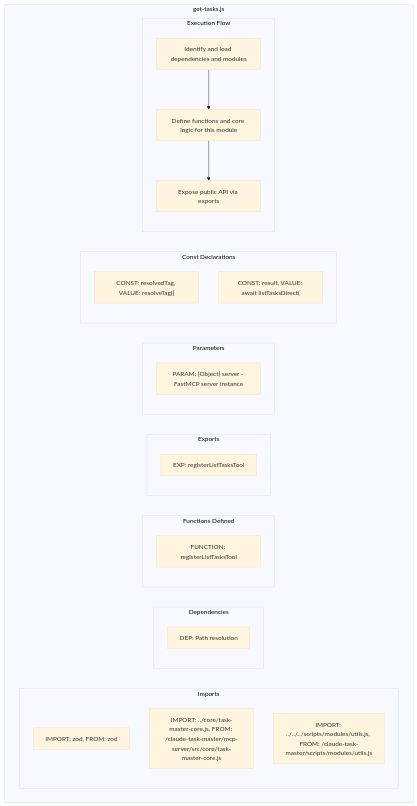
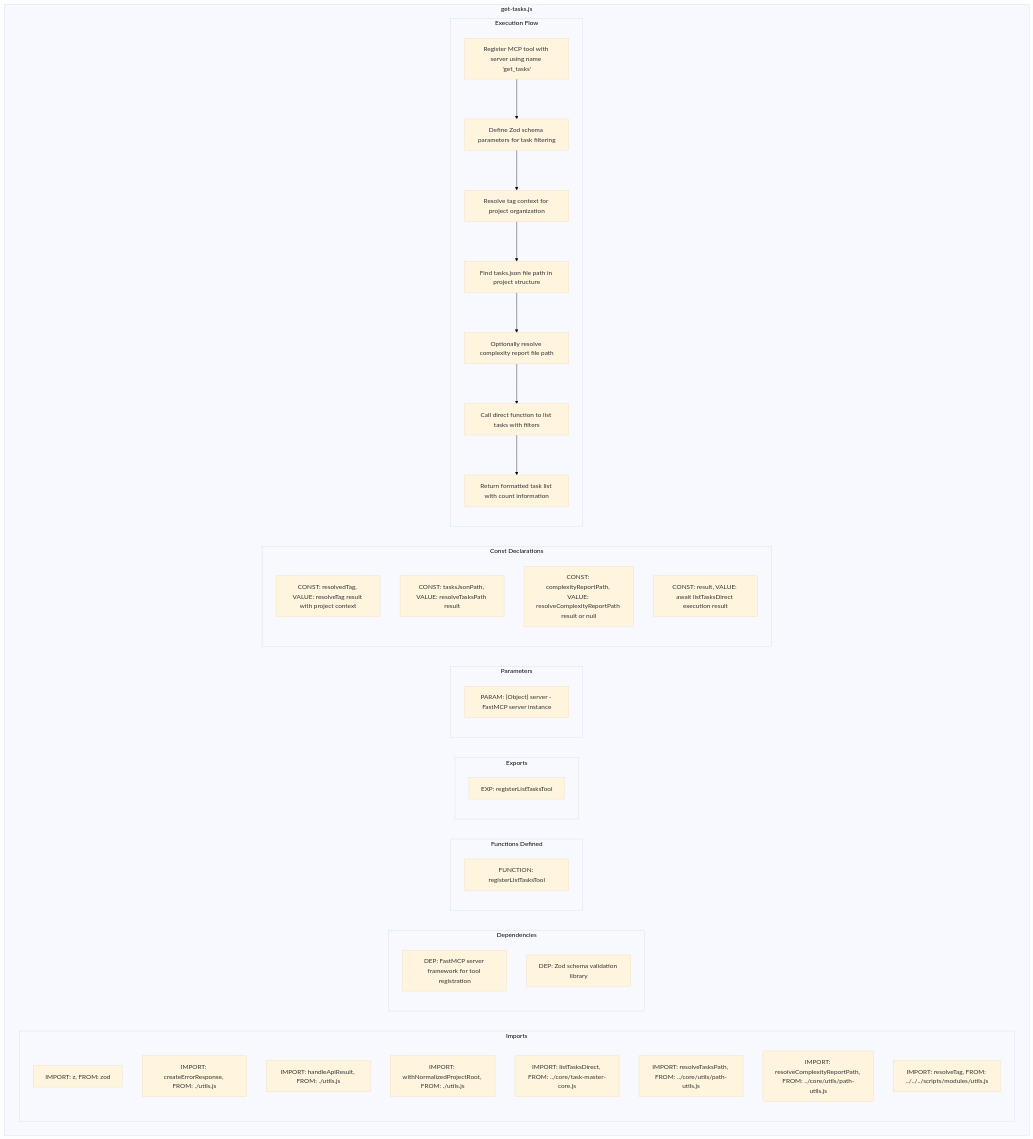
Before and after one commit to trutkowski22/claude-task-master: the diagram in project-overlord-context/Mermaid-Diagrams/Interface-Layer/mcp-server/src/tools/get-tasks.js_diagram.mmd, drawn with Mermaid (base theme). The commit also changed 199 other files, not shown here.

````diff
--- a/project-overlord-context/Mermaid-Diagrams/Interface-Layer/mcp-server/src/tools/get-tasks.js_diagram.mmd
+++ b/project-overlord-context/Mermaid-Diagrams/Interface-Layer/mcp-server/src/tools/get-tasks.js_diagram.mmd
@@ -1,40 +1,62 @@
-```mermaid
 flowchart TB
     subgraph Imports["Imports"]
-        I1["IMPORT: zod, FROM: zod"]
-        I2["IMPORT: ../core/task-master-core.js, FROM: /claude-task-master/mcp-server/src/core/task-master-core.js"]
-        I3["IMPORT: ../../../scripts/modules/utils.js, FROM: /claude-task-master/scripts/modules/utils.js"]
+        I1["IMPORT: z, FROM: zod"]
+        I2["IMPORT: createErrorResponse, FROM: ./utils.js"]
+        I3["IMPORT: handleApiResult, FROM: ./utils.js"]
+        I4["IMPORT: withNormalizedProjectRoot, FROM: ./utils.js"]
+        I5["IMPORT: listTasksDirect, FROM: ../core/task-master-core.js"]
+        I6["IMPORT: resolveTasksPath, FROM: ../core/utils/path-utils.js"]
+        I7["IMPORT: resolveComplexityReportPath, FROM: ../core/utils/path-utils.js"]
+        I8["IMPORT: resolveTag, FROM: ../../../scripts/modules/utils.js"]
     end
+    
     subgraph Dependencies["Dependencies"]
-        D1["DEP: Path resolution"]
+        D1["DEP: FastMCP server framework for tool registration"]
+        D2["DEP: Zod schema validation library"]
     end
+    
     subgraph FunctionsDefined["Functions Defined"]
         FU1["FUNCTION: registerListTasksTool"]
     end
+    
     subgraph Exports["Exports"]
         E1["EXP: registerListTasksTool"]
     end
+    
     subgraph Parameters["Parameters"]
         P1["PARAM: {Object} server - FastMCP server instance"]
     end
+    
     subgraph Constants["Const Declarations"]
-        C1["CONST: resolvedTag, VALUE: resolveTag({"]
-        C2["CONST: result, VALUE: await listTasksDirect("]
+        C1["CONST: resolvedTag, VALUE: resolveTag result with project context"]
+        C2["CONST: tasksJsonPath, VALUE: resolveTasksPath result"]
+        C3["CONST: complexityReportPath, VALUE: resolveComplexityReportPath result or null"]
+        C4["CONST: result, VALUE: await listTasksDirect execution result"]
     end
+    
     subgraph ExecutionFlow["Execution Flow"]
-        FL1["Identify and load dependencies and modules"]
-        FL2["Define functions and core logic for this module"]
-        FL3["Expose public API via exports"]
+        FL1["Register MCP tool with server using name 'get_tasks'"]
+        FL2["Define Zod schema parameters for task filtering"]
+        FL3["Resolve tag context for project organization"]
+        FL4["Find tasks.json file path in project structure"]
+        FL5["Optionally resolve complexity report file path"]
+        FL6["Call direct function to list tasks with filters"]
+        FL7["Return formatted task list with count information"]
     end
-    subgraph FileName["get-tasks.js"]
+    
+    subgraph getTasksJs["get-tasks.js"]
         Imports
         Dependencies
         FunctionsDefined
         Exports
         Parameters
         Constants
         ExecutionFlow
     end
+    
     FL1 --> FL2
     FL2 --> FL3
-```
+    FL3 --> FL4
+    FL4 --> FL5
+    FL5 --> FL6
+    FL6 --> FL7
````
